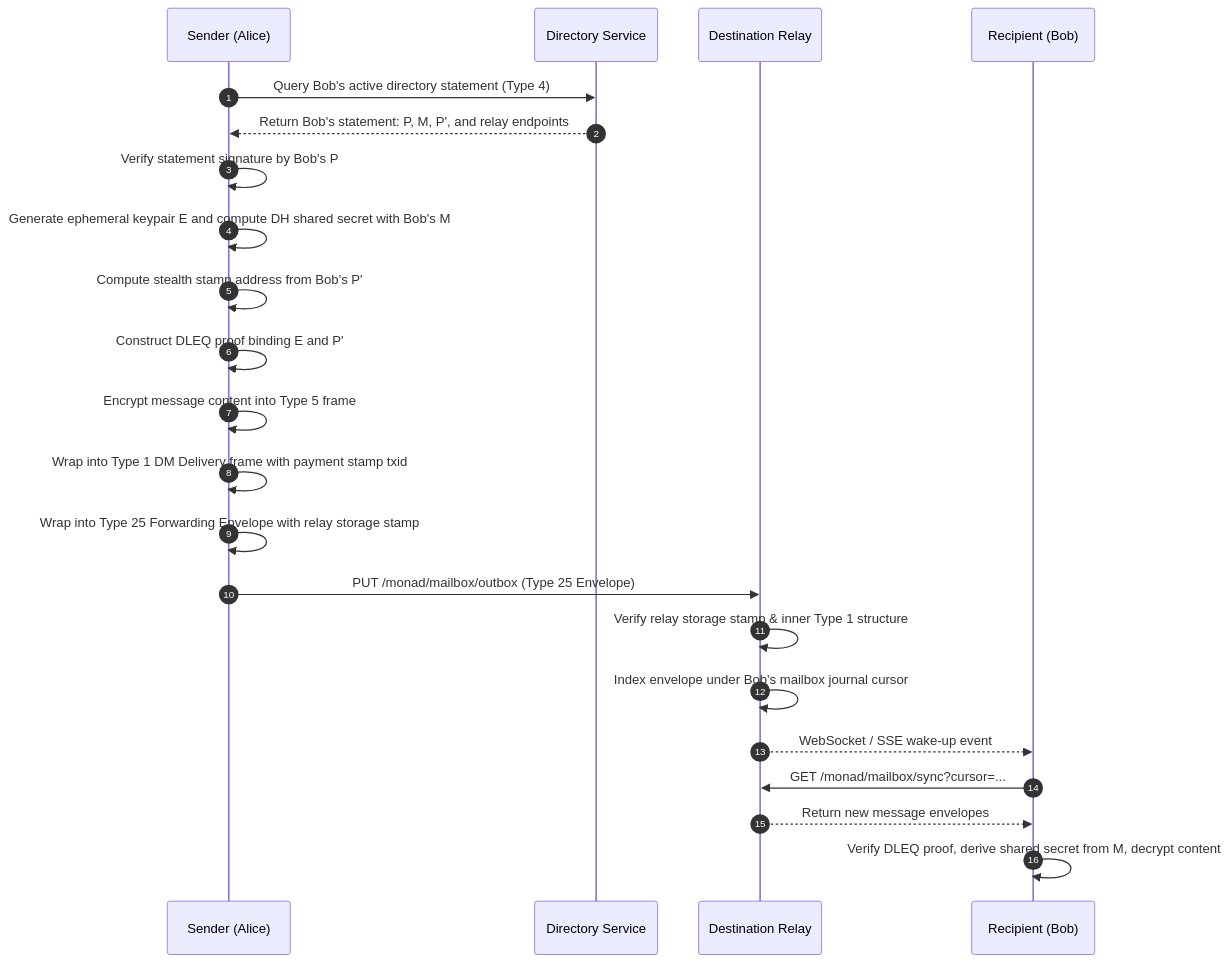
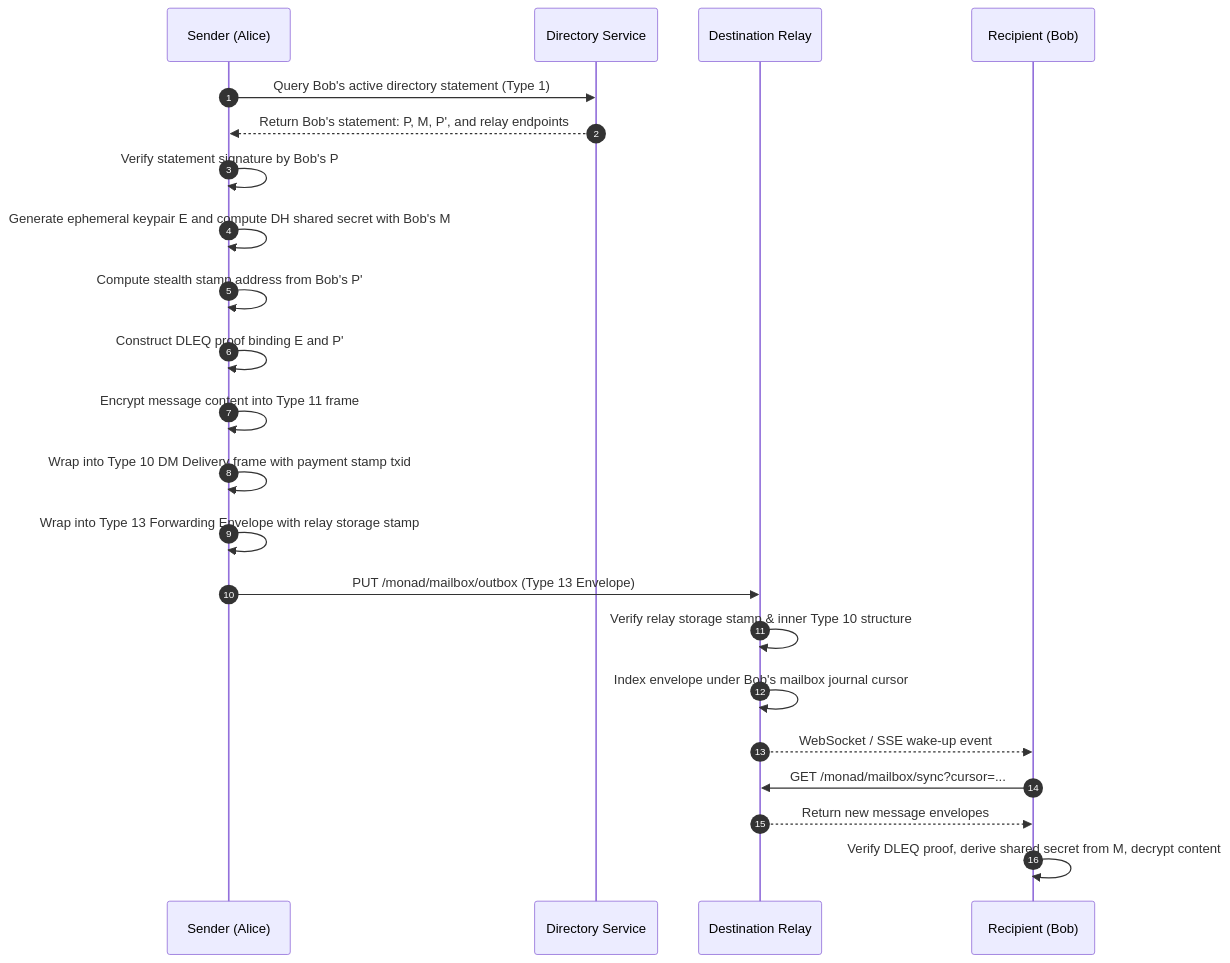
Before and after one commit to schancel/frank: the diagram in packages/docs/protocol/cashweb-spec.md, drawn with Mermaid. The commit also changed 13 other files, not shown here.

````diff
--- a/packages/docs/protocol/cashweb-spec.md
+++ b/packages/docs/protocol/cashweb-spec.md
@@ -37,25 +37,25 @@
 ```mermaid
 sequenceDiagram
     autonumber
     participant Alice as Sender (Alice)
     participant Dir as Directory Service
     participant Relay as Destination Relay
     participant Bob as Recipient (Bob)
 
-    Alice->>Dir: Query Bob's active directory statement (Type 4)
+    Alice->>Dir: Query Bob's active directory statement (Type 1)
     Dir-->>Alice: Return Bob's statement: P, M, P', and relay endpoints
     Alice->>Alice: Verify statement signature by Bob's P
     Alice->>Alice: Generate ephemeral keypair E and compute DH shared secret with Bob's M
     Alice->>Alice: Compute stealth stamp address from Bob's P'
     Alice->>Alice: Construct DLEQ proof binding E and P'
-    Alice->>Alice: Encrypt message content into Type 5 frame
-    Alice->>Alice: Wrap into Type 1 DM Delivery frame with payment stamp txid
-    Alice->>Alice: Wrap into Type 25 Forwarding Envelope with relay storage stamp
-    Alice->>Relay: PUT /monad/mailbox/outbox (Type 25 Envelope)
-    Relay->>Relay: Verify relay storage stamp & inner Type 1 structure
+    Alice->>Alice: Encrypt message content into Type 11 frame
+    Alice->>Alice: Wrap into Type 10 DM Delivery frame with payment stamp txid
+    Alice->>Alice: Wrap into Type 13 Forwarding Envelope with relay storage stamp
+    Alice->>Relay: PUT /monad/mailbox/outbox (Type 13 Envelope)
+    Relay->>Relay: Verify relay storage stamp & inner Type 10 structure
     Relay->>Relay: Index envelope under Bob's mailbox journal cursor
     Relay-->>Bob: WebSocket / SSE wake-up event
     Bob->>Relay: GET /monad/mailbox/sync?cursor=...
     Relay-->>Bob: Return new message envelopes
     Bob->>Bob: Verify DLEQ proof, derive shared secret from M, decrypt content
 ```
````
